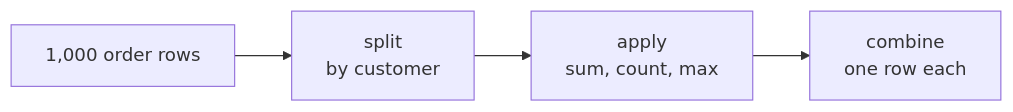
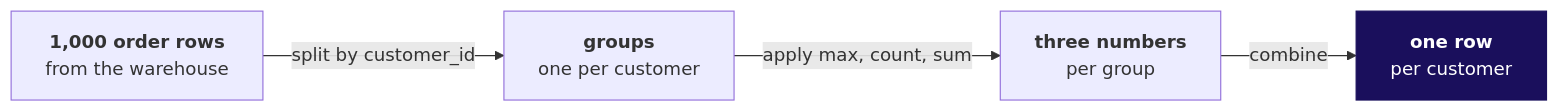
The second of 16 diagrams in content/W02/D4/slides/C2_W02_D04_half1_STUDENT.md (fde-academy-lab/c2-content-factory), drawn with Mermaid before and after one commit. The commit also changed other lines of this file and 3 other files, not shown here.

````diff
--- a/content/W02/D4/slides/C2_W02_D04_half1_STUDENT.md
+++ b/content/W02/D4/slides/C2_W02_D04_half1_STUDENT.md
@@ -67,6 +158,8 @@
 ```mermaid
 flowchart LR
-    A["1,000 order rows"] --> B["split<br/>by customer"]
-    B --> C["apply<br/>sum, count, max"]
-    C --> D["combine<br/>one row each"]
+    R["<b>1,000 order rows</b><br/>from the warehouse"] -->|"split by customer_id"| G["<b>groups</b><br/>one per customer"]
+    G -->|"apply max, count, sum"| A["<b>three numbers</b><br/>per group"]
+    A -->|"combine"| T["<b>one row</b><br/>per customer"]
+    classDef bet fill:#1A0F5C,stroke:#1A0F5C,color:#FFFFFF
+    class T bet
 ```
````
